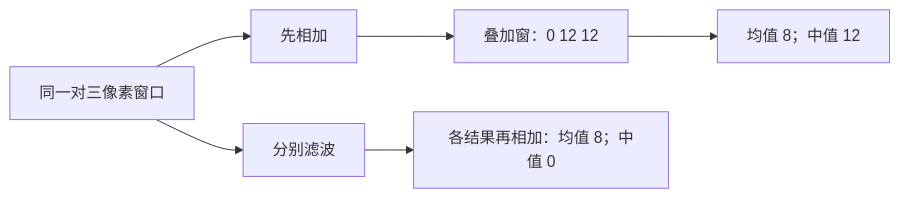
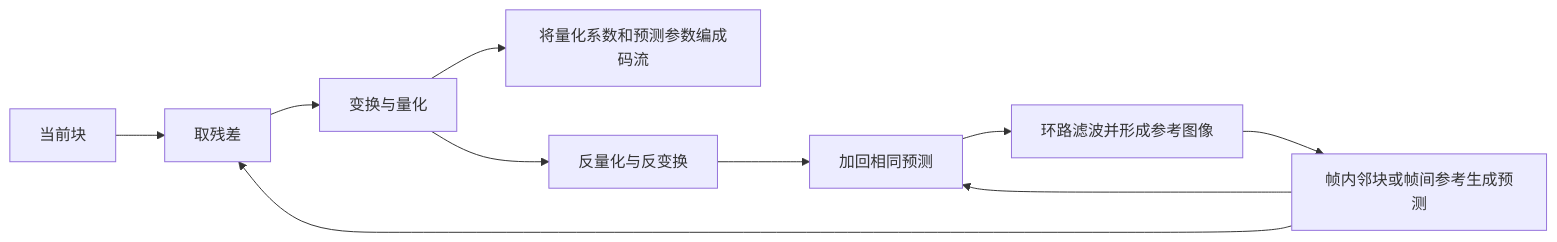
One commit to hicancan/njupt-knowledge changed the second of 2 diagrams in materials/cs-free/B02011K5C/2020-2021-2图像与视频处理复习导读.md. Above: the diagram before and after it, drawn with Mermaid. The commit also changed other lines of this file and 2 other files, not shown here.

````diff
--- a/materials/cs-free/B02011K5C/2020-2021-2图像与视频处理复习导读.md
+++ b/materials/cs-free/B02011K5C/2020-2021-2图像与视频处理复习导读.md
@@ -22,8 +69,12 @@
 ```mermaid
 flowchart LR
-  I["同一对三像素窗口"] --> L["先相加"]
-  I --> R["分别滤波"]
-  L --> A["叠加窗：0 12 12"]
-  A --> AL["均值 8；中值 12"]
-  R --> AR["各结果再相加：均值 8；中值 0"]
+  X["当前块"] --> R["取残差"]
+  P["帧内邻块或帧间参考生成预测"] --> R
+  R --> T["变换与量化"]
+  T --> E["将量化系数和预测参数编成码流"]
+  T --> I["反量化与反变换"]
+  I --> S["加回相同预测"]
+  P --> S
+  S --> F["环路滤波并形成参考图像"]
+  F --> P
 ```
````
